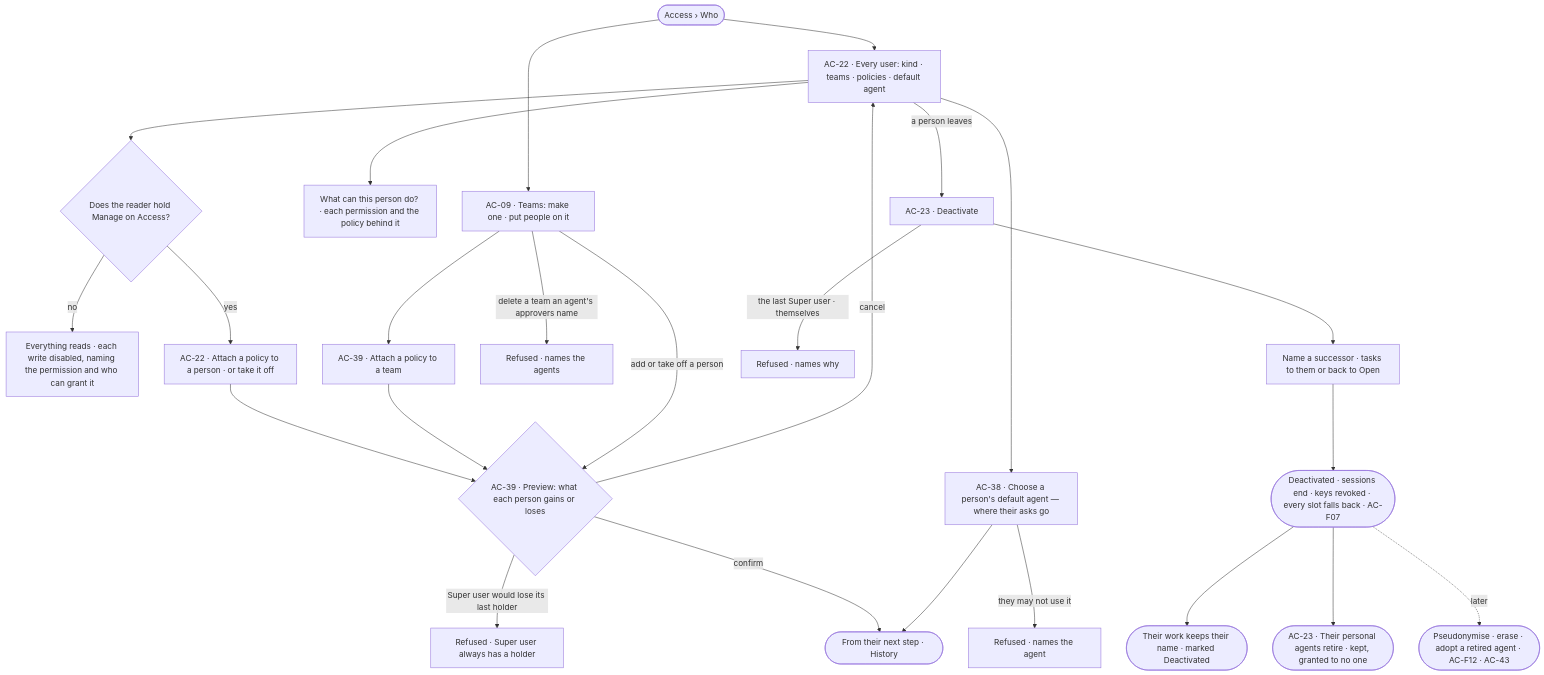
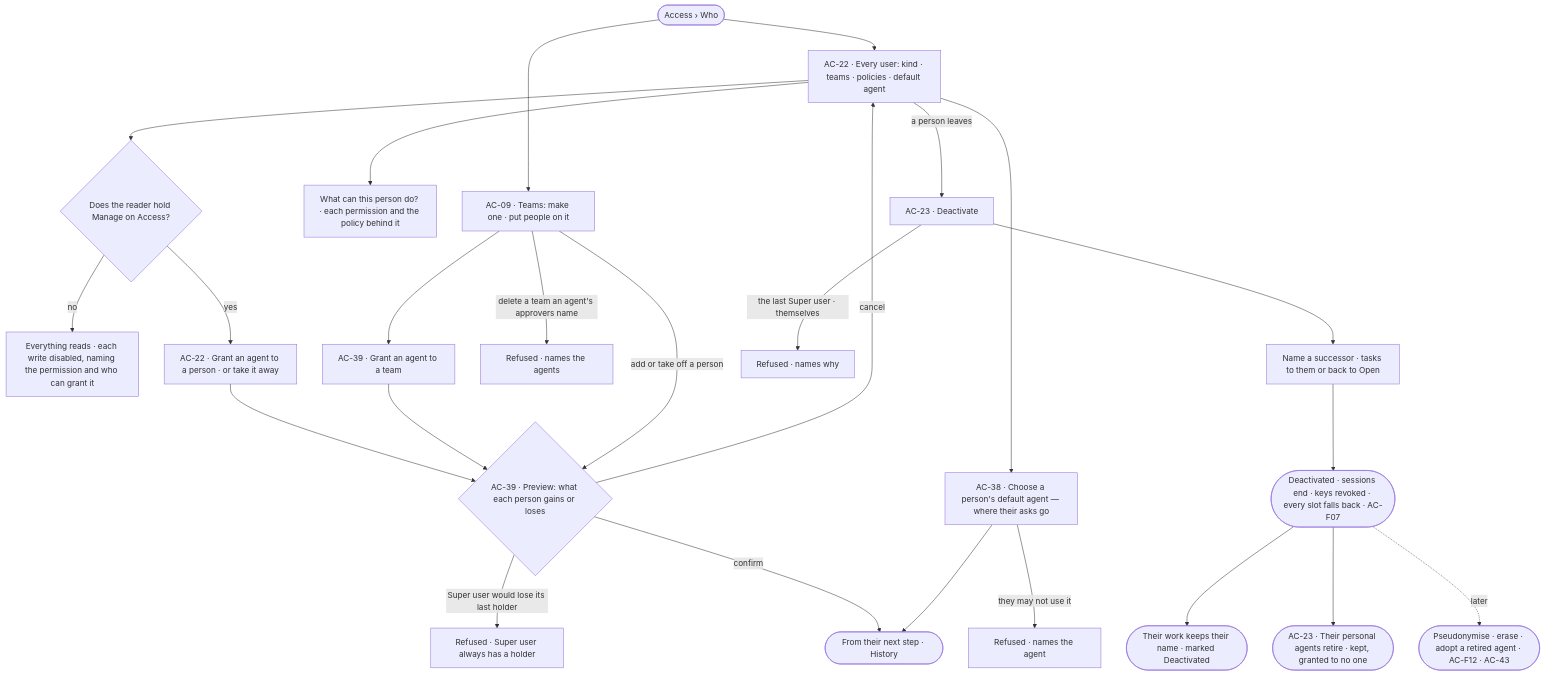
One commit to invana/invana changed the diagram in specs/os/access/features/AC-F03-directory/feature.md. Above: the diagram before and after it, drawn with Mermaid. The commit also changed other lines of this file and 156 other files, not shown here.

Commit message:
wip(platform-design-3): P02 · steps 1-4 — section 4, E2E sweep, merges, flow boards, journeys

````diff
--- a/specs/os/access/features/AC-F03-directory/feature.md
+++ b/specs/os/access/features/AC-F03-directory/feature.md
@@ -27,27 +27,27 @@
 ```mermaid
 flowchart TD
   start([Access › Who]) --> users["AC-22 · Every user: kind · teams · policies · default agent"]
   users --> who{"Does the reader hold Manage on Access?"}
   who -->|no| ro["Everything reads · each write disabled, naming the permission and who can grant it"]
-  who -->|yes| grant["AC-22 · Attach a policy to a person · or take it off"]
+  who -->|yes| grant["AC-22 · Grant an agent to a person · or take it away"]
   users --> eff["What can this person do? · each permission and the policy behind it"]
   start --> teams["AC-09 · Teams: make one · put people on it"]
-  teams --> tgrant["AC-39 · Attach a policy to a team"]
+  teams --> tgrant["AC-39 · Grant an agent to a team"]
   grant --> prev{"AC-39 · Preview: what each person gains or loses"}
   tgrant --> prev
   teams -->|add or take off a person| prev
   prev -->|Super user would lose its last holder| last["Refused · Super user always has a holder"]
   prev -->|confirm| saved(["From their next step · History"])
   prev -->|cancel| users
   users --> def["AC-38 · Choose a person's default agent — where their asks go"]
   def -->|they may not use it| defr["Refused · names the agent"]
   def --> saved
   teams -->|delete a team an agent's approvers name| held["Refused · names the agents"]
   users -->|a person leaves| deact["AC-23 · Deactivate"]
   deact --> succ["Name a successor · tasks to them or back to Open"]
   succ --> off(["Deactivated · sessions end · keys revoked · every slot falls back · AC-F07"])
   off --> keep(["Their work keeps their name · marked Deactivated"])
   off --> ret(["AC-23 · Their personal agents retire · kept, granted to no one"])
   off -.->|later| adopt(["Pseudonymise · erase · adopt a retired agent · AC-F12 · AC-43"])
   deact -->|the last Super user · themselves| refd["Refused · names why"]
 ```
````
